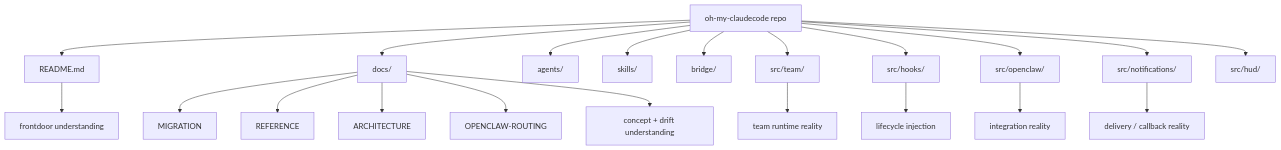
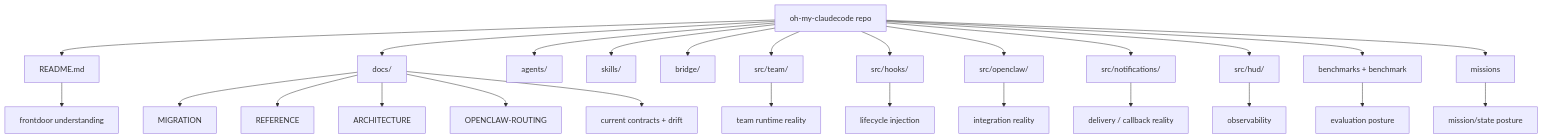
One commit to terry3838/oh-my-claudecode-guide changed the second of 2 diagrams in README.md. Above: the diagram before and after it, drawn with Mermaid. The commit also changed other lines of this file and 3 other files, not shown here.

````diff
--- a/README.md
+++ b/README.md
@@ -274,25 +249,30 @@
 ```mermaid
 flowchart TD
     A[oh-my-claudecode repo] --> B[README.md]
     A --> C[docs/]
     A --> D[agents/]
     A --> E[skills/]
     A --> F[bridge/]
     A --> G[src/team/]
     A --> H[src/hooks/]
     A --> I[src/openclaw/]
     A --> J[src/notifications/]
     A --> K[src/hud/]
+    A --> L[benchmarks + benchmark]
+    A --> M[missions]
 
     C --> C1[MIGRATION]
     C --> C2[REFERENCE]
     C --> C3[ARCHITECTURE]
     C --> C4[OPENCLAW-ROUTING]
 
-    B --> L[frontdoor understanding]
-    C --> M[concept + drift understanding]
-    G --> N[team runtime reality]
-    H --> O[lifecycle injection]
-    I --> P[integration reality]
-    J --> Q[delivery / callback reality]
+    B --> N[frontdoor understanding]
+    C --> O[current contracts + drift]
+    G --> P[team runtime reality]
+    H --> Q[lifecycle injection]
+    I --> R[integration reality]
+    J --> S[delivery / callback reality]
+    K --> T[observability]
+    L --> U[evaluation posture]
+    M --> V[mission/state posture]
 ```
````
